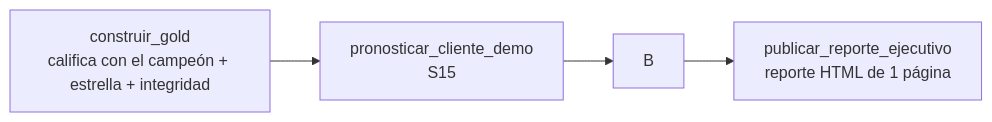
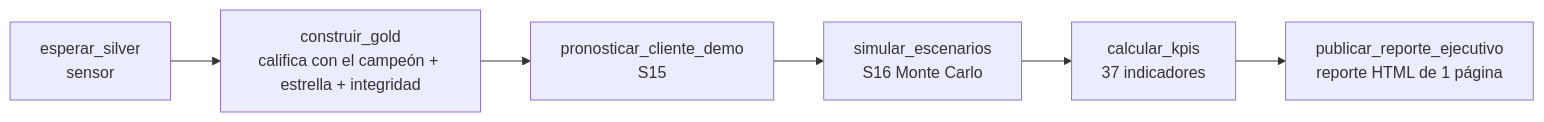
Before and after one commit to rodrigopinto56/PathData_backend: the fourth of 6 diagrams in docs/01_arquitectura.md, drawn with Mermaid. The commit also changed other lines of this file and 15 other files, not shown here.

First line of the commit message:
feat: S16 simulador financiero Monte Carlo y escenarios de estres

````diff
--- a/docs/01_arquitectura.md
+++ b/docs/01_arquitectura.md
@@ -149,6 +151,8 @@
 ```mermaid
 flowchart LR
-    A[construir_gold<br/>califica con el campeón + estrella + integridad] --> P[pronosticar_cliente_demo<br/>S15]
-    P --> B
+    W[esperar_silver<br/>sensor] --> A[construir_gold<br/>califica con el campeón + estrella + integridad]
+    A --> P[pronosticar_cliente_demo<br/>S15]
+    P --> S[simular_escenarios<br/>S16 Monte Carlo]
+    S --> B[calcular_kpis<br/>37 indicadores]
     B --> C[publicar_reporte_ejecutivo<br/>reporte HTML de 1 página]
 ```
````
